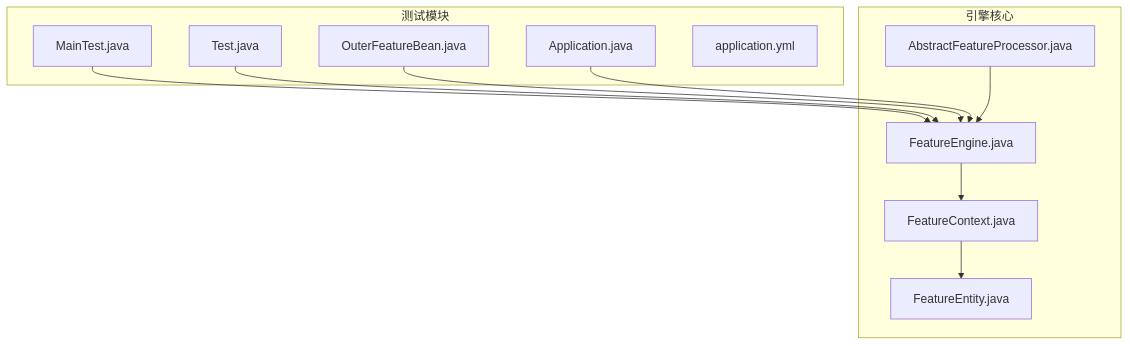
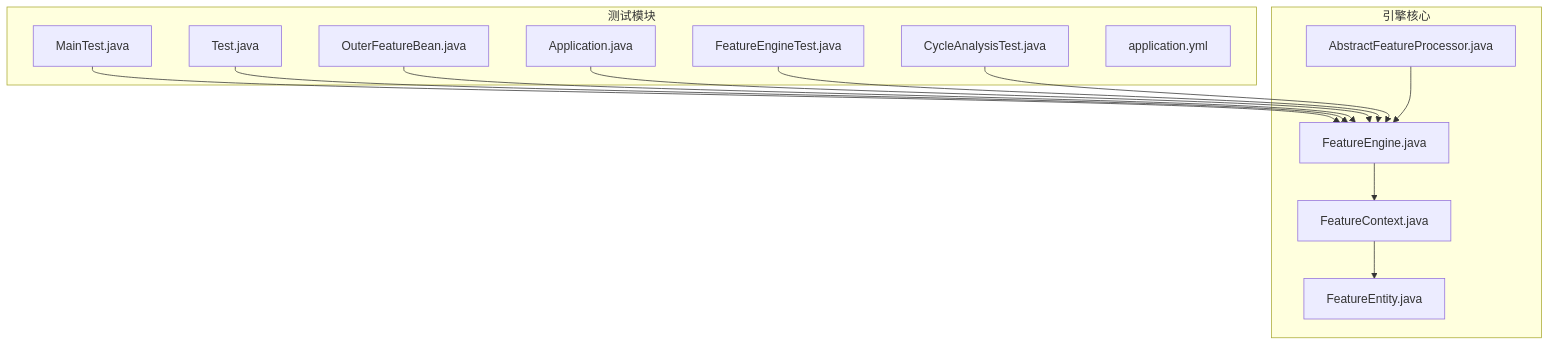
One commit to txzhanghuan/feature changed the first of 3 diagrams in .qoder/repowiki/zh/content/测试与调试.md. Above: the diagram before and after it, drawn with Mermaid. The commit also changed other lines of this file and 13 other files, not shown here.

````diff
--- a/.qoder/repowiki/zh/content/测试与调试.md
+++ b/.qoder/repowiki/zh/content/测试与调试.md
@@ -45,23 +49,27 @@
 ```mermaid
 graph TB
 subgraph "测试模块"
 T1["MainTest.java"]
 T2["Test.java"]
 T3["OuterFeatureBean.java"]
 T4["Application.java"]
+T5["FeatureEngineTest.java"]
+T6["CycleAnalysisTest.java"]
 CFG["application.yml"]
 end
 subgraph "引擎核心"
 E1["FeatureEngine.java"]
 C1["FeatureContext.java"]
 E2["FeatureEntity.java"]
 P1["AbstractFeatureProcessor.java"]
 T1 --> E1
 T2 --> E1
 T3 --> E1
 T4 --> E1
+T5 --> E1
+T6 --> E1
 E1 --> C1
 C1 --> E2
 P1 --> E1
 end
 ```
````
